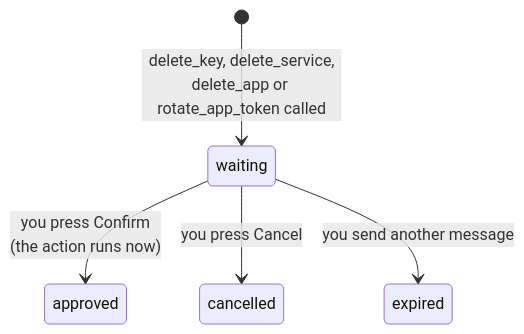
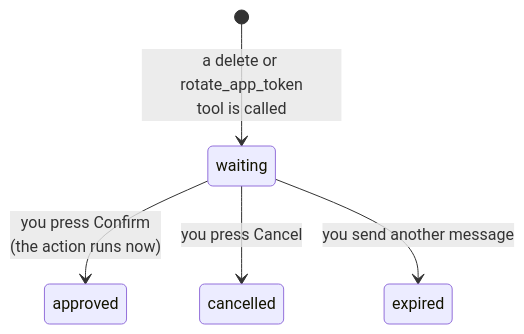
One commit to sidharthpunathil/acnologia changed diagram 13 of 13 in docs/flows.md. Above: the diagram before and after it, drawn with Mermaid. The commit also changed other lines of this file and 3 other files, not shown here.

````diff
--- a/docs/flows.md
+++ b/docs/flows.md
@@ -381,7 +381,7 @@
 ```mermaid
 stateDiagram-v2
-    [*] --> waiting: delete_key, delete_service,<br/>delete_app or rotate_app_token called
+    [*] --> waiting: a delete or rotate_app_token<br/>tool is called
     waiting --> approved: you press Confirm<br/>(the action runs now)
     waiting --> cancelled: you press Cancel
     waiting --> expired: you send another message
 ```
````
